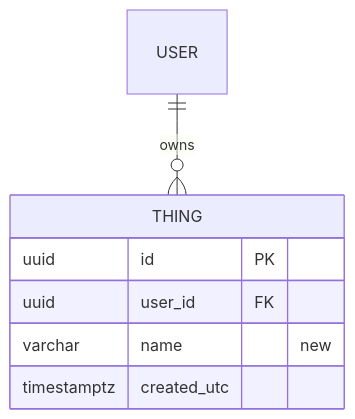
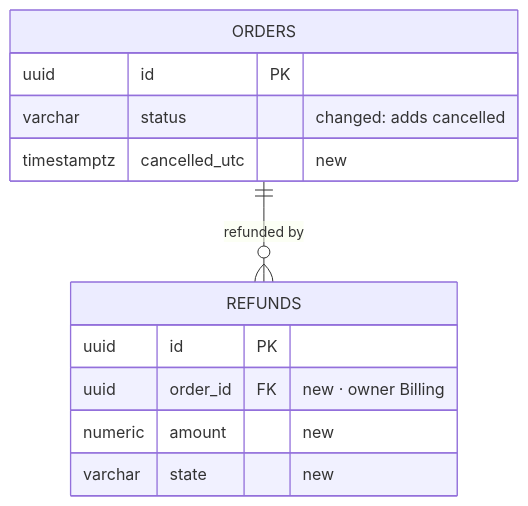
Before and after one commit to m0x6A/claude-skills: the fifth of 6 diagrams in plugins/feature-workflow/skills/feature-design/templates/design.md, drawn with Mermaid. The commit also changed other lines of this file and 4 other files, not shown here.

First line of the commit message:
Give the design diagrams one visual language and a proper render page

````diff
--- a/plugins/feature-workflow/skills/feature-design/templates/design.md
+++ b/plugins/feature-workflow/skills/feature-design/templates/design.md
@@ -150,10 +191,15 @@
 ```mermaid
 erDiagram
-    USER ||--o{ THING : owns
-    THING {
+    ORDERS ||--o{ REFUNDS : "refunded by"
+    ORDERS {
         uuid id PK
-        uuid user_id FK
-        varchar name "new"
-        timestamptz created_utc
+        varchar status "changed: adds cancelled"
+        timestamptz cancelled_utc "new"
+    }
+    REFUNDS {
+        uuid id PK
+        uuid order_id FK "new · owner Billing"
+        numeric amount "new"
+        varchar state "new"
     }
 ```
````
